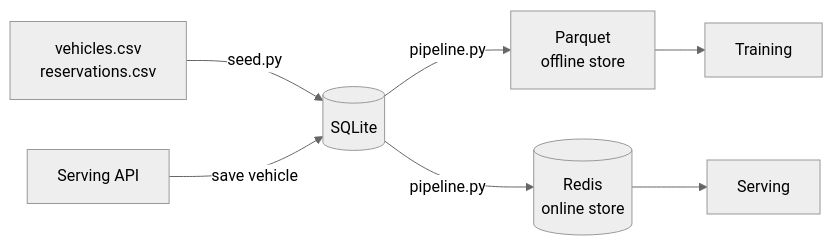
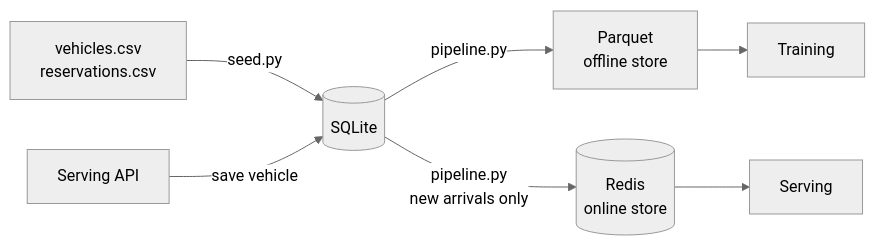
The first of 2 diagrams in features/README.md (pierreWagou/vroom-forecast), drawn with Mermaid (neutral theme) before and after one commit. The commit also changed other lines of this file and 82 other files, not shown here.

````diff
--- a/features/README.md
+++ b/features/README.md
@@ -8,9 +8,9 @@
 ```mermaid
 graph LR
     CSV[vehicles.csv<br/>reservations.csv] -->|seed.py| DB[(SQLite)]
     UI[Serving API] -->|save vehicle| DB
     DB -->|pipeline.py| PQ[Parquet<br/>offline store]
-    DB -->|pipeline.py| RD[(Redis<br/>online store)]
+    DB -->|pipeline.py<br/>new arrivals only| RD[(Redis<br/>online store)]
     PQ --> Training
     RD --> Serving
 ```
````
